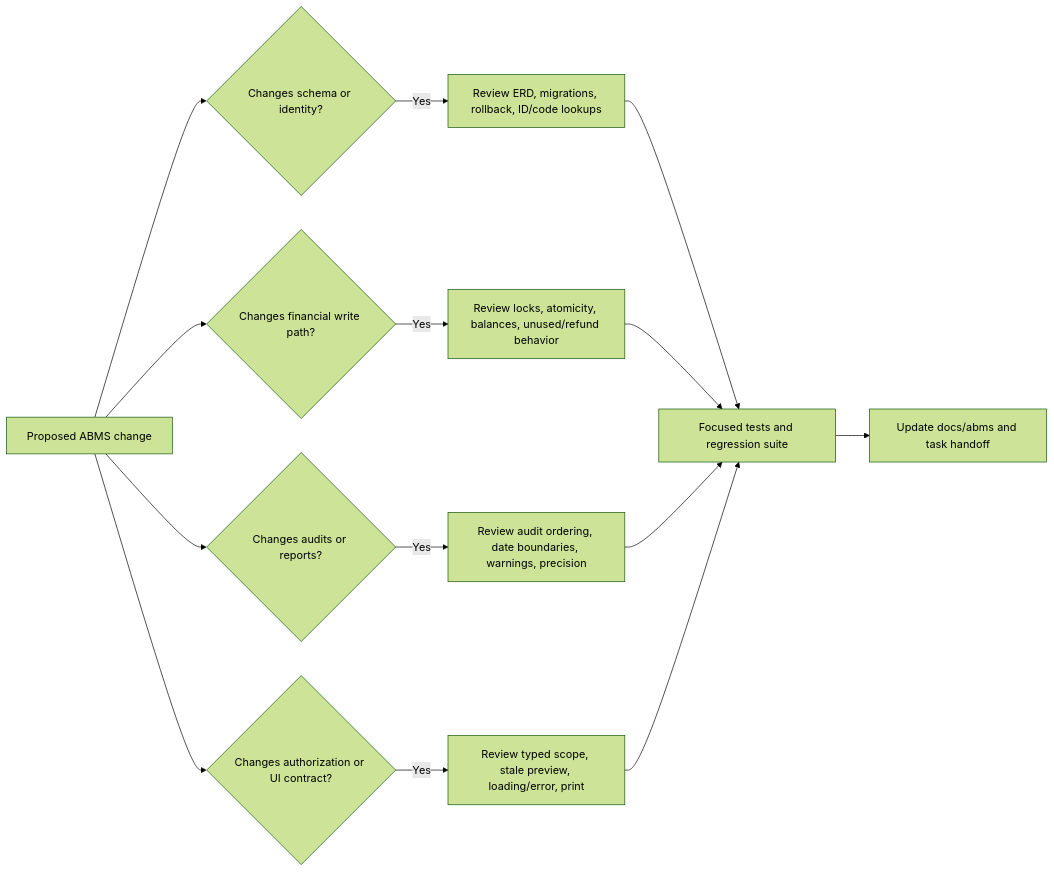
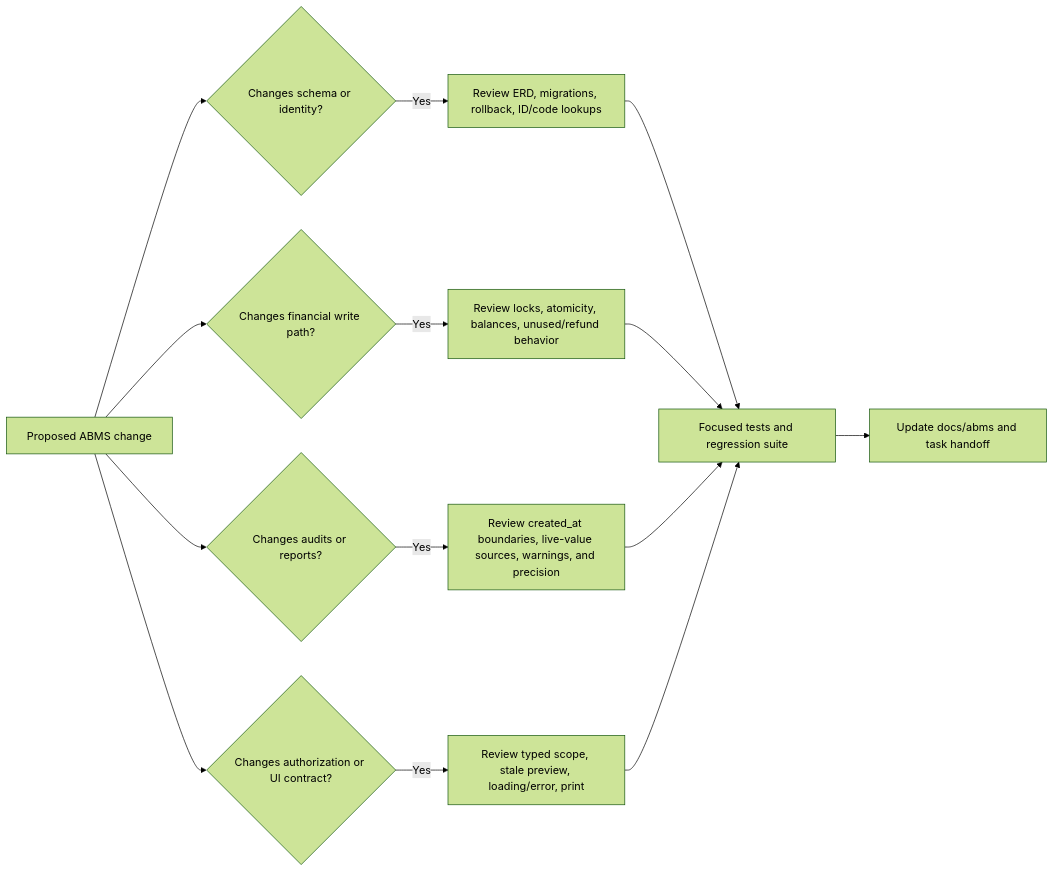
Diagram 19 of 20 in docs/abms/flowcharts.md (AdamsonUniversity-ITC/adulivev6-monorepo), drawn with Mermaid (forest theme) before and after one commit. The commit also changed other lines of this file and 20 other files, not shown here.

````diff
--- a/docs/abms/flowcharts.md
+++ b/docs/abms/flowcharts.md
@@ -253,16 +369,16 @@
 ```mermaid
 flowchart LR
     A[Proposed ABMS change] --> B{Changes schema or identity?}
     A --> C{Changes financial write path?}
     A --> D{Changes audits or reports?}
     A --> E{Changes authorization or UI contract?}
     B -- Yes --> F[Review ERD, migrations, rollback, ID/code lookups]
     C -- Yes --> G[Review locks, atomicity, balances, unused/refund behavior]
-    D -- Yes --> H[Review audit ordering, date boundaries, warnings, precision]
+    D -- Yes --> H[Review created_at boundaries, live-value sources, warnings, and precision]
     E -- Yes --> I[Review typed scope, stale preview, loading/error, print]
     F --> J[Focused tests and regression suite]
     G --> J
     H --> J
     I --> J
     J --> K[Update docs/abms and task handoff]
 ```
````
